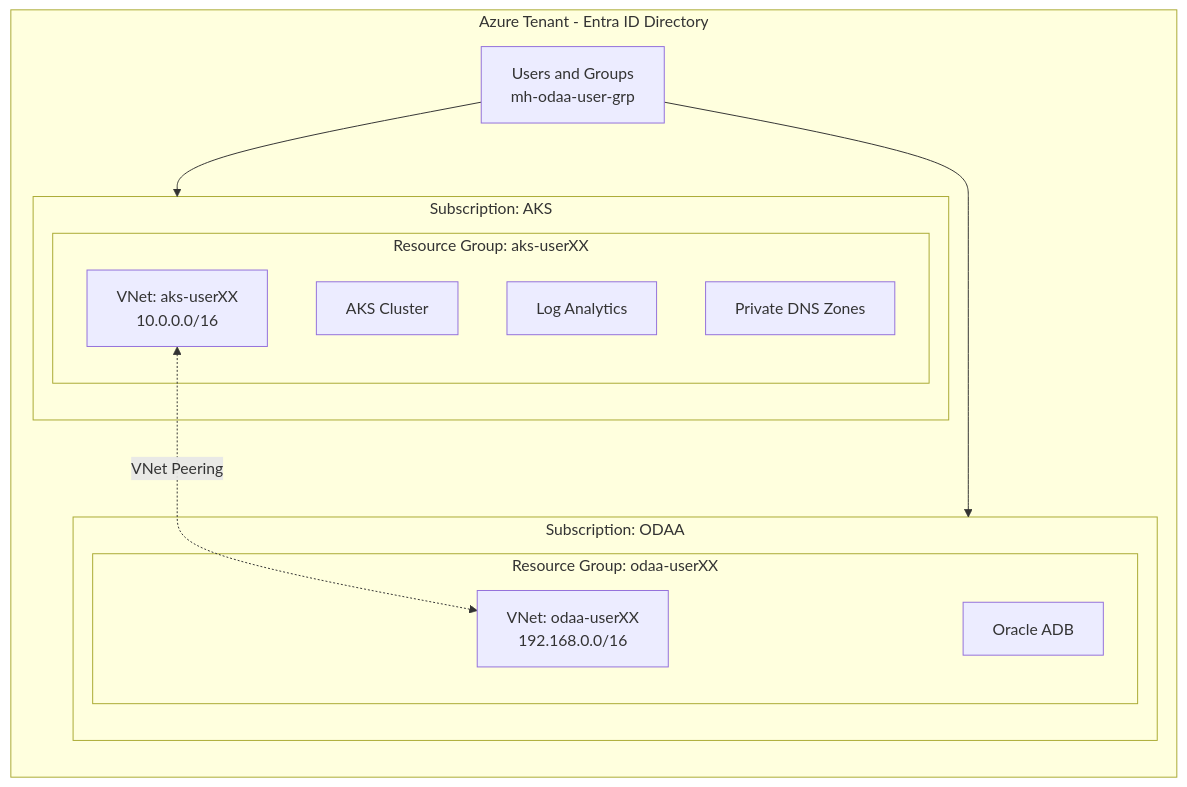
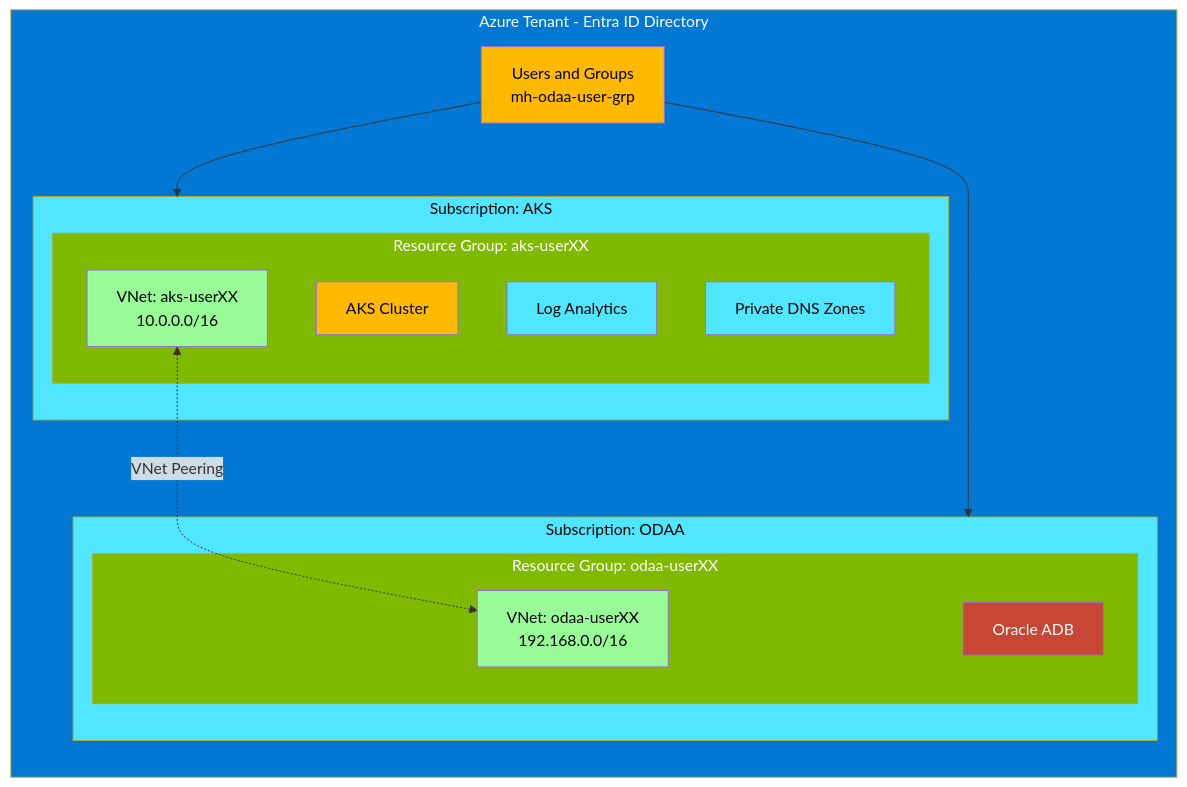
The second of 4 diagrams in 03-Azure/01-03-Infrastructure/10_Oracle_on_Azure/README.md (microsoft/MicroHack), drawn with Mermaid before and after one commit. The commit also changed other lines of this file and 7 other files, not shown here.

Commit message:
Remove redundant Pods box from VNet peering architecture diagram

````diff
--- a/03-Azure/01-03-Infrastructure/10_Oracle_on_Azure/README.md
+++ b/03-Azure/01-03-Infrastructure/10_Oracle_on_Azure/README.md
@@ -75,27 +88,40 @@
 ```mermaid
 flowchart TB
     subgraph TENANT[Azure Tenant - Entra ID Directory]
         direction TB
         USERS[Users and Groups<br/>mh-odaa-user-grp]
         
         subgraph SUB_AKS[Subscription: AKS]
             subgraph RG_AKS[Resource Group: aks-userXX]
                 VNET_AKS[VNet: aks-userXX<br/>10.0.0.0/16]
                 AKS_CLUSTER[AKS Cluster]
                 LOG[Log Analytics]
                 DNS_ZONES[Private DNS Zones]
             end
         end
         
         subgraph SUB_ODAA[Subscription: ODAA]
             subgraph RG_ODAA[Resource Group: odaa-userXX]
                 VNET_ODAA[VNet: odaa-userXX<br/>192.168.0.0/16]
                 ADB[Oracle ADB]
             end
         end
     end
 
     USERS --> SUB_AKS
     USERS --> SUB_ODAA
     VNET_AKS <-.->|VNet Peering| VNET_ODAA
+
+    style TENANT fill:#0078D4,color:#fff
+    style USERS fill:#FFB900,color:#000
+    style SUB_AKS fill:#50E6FF,color:#000
+    style SUB_ODAA fill:#50E6FF,color:#000
+    style RG_AKS fill:#7FBA00,color:#fff
+    style RG_ODAA fill:#7FBA00,color:#fff
+    style VNET_AKS fill:#98FB98,color:#000
+    style VNET_ODAA fill:#98FB98,color:#000
+    style AKS_CLUSTER fill:#FFB900,color:#000
+    style LOG fill:#50E6FF,color:#000
+    style DNS_ZONES fill:#50E6FF,color:#000
+    style ADB fill:#C74634,color:#fff
 ```
````
